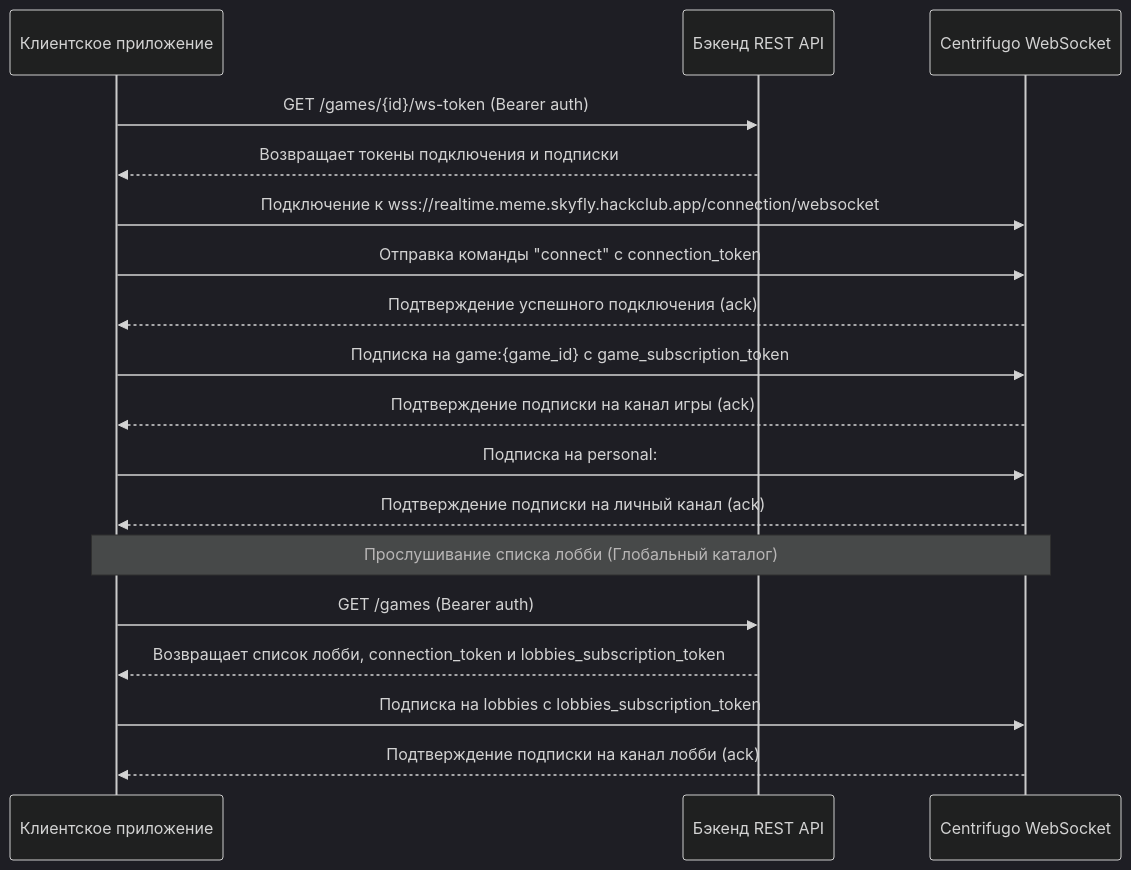
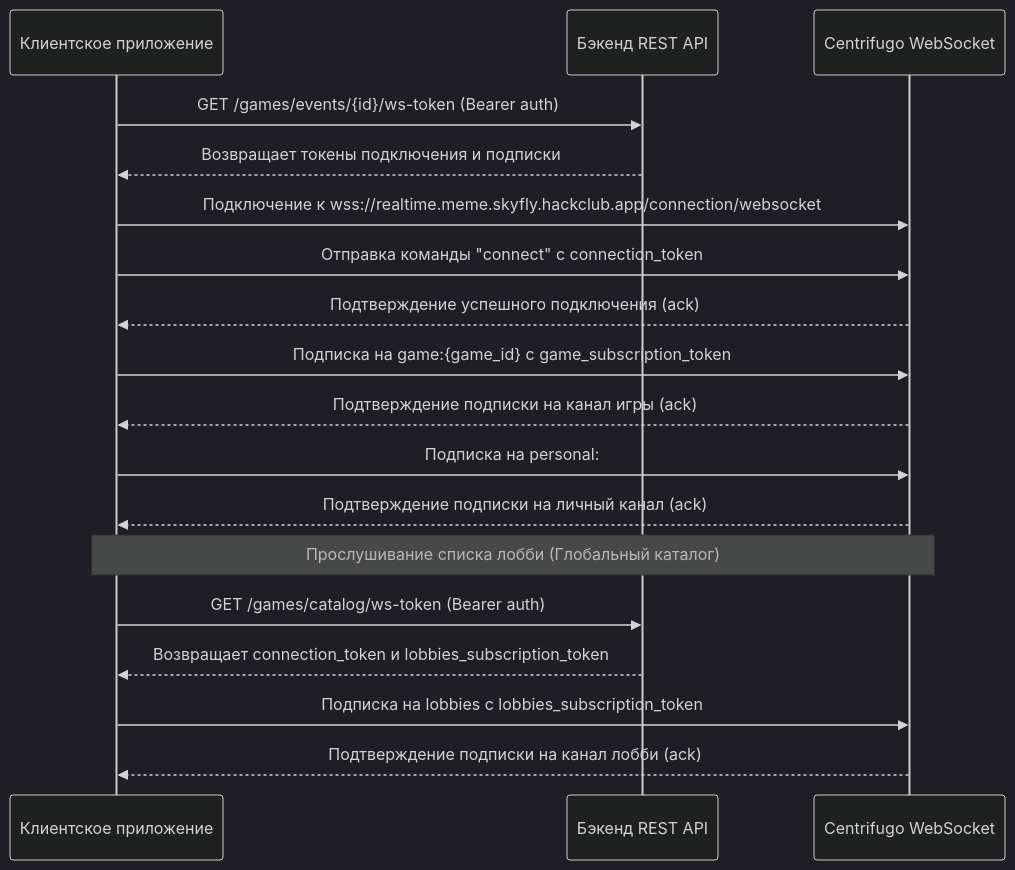
One commit to TerraSoftwareTeam/meme_battle_backend changed the diagram in docs/websockets_docs_ru.md. Above: the diagram before and after it, drawn with Mermaid (dark theme). The commit also changed other lines of this file and 11 other files, not shown here.

````diff
--- a/docs/websockets_docs_ru.md
+++ b/docs/websockets_docs_ru.md
@@ -11,25 +11,25 @@
 ```mermaid
 sequenceDiagram
     participant Client as Клиентское приложение
     participant API as Бэкенд REST API
     participant WS as Centrifugo WebSocket
     
-    Client->>API: GET /games/{id}/ws-token (Bearer auth)
+    Client->>API: GET /games/events/{id}/ws-token (Bearer auth)
     API-->>Client: Возвращает токены подключения и подписки
     
     Client->>WS: Подключение к wss://realtime.meme.skyfly.hackclub.app/connection/websocket
     Client->>WS: Отправка команды "connect" с connection_token
     WS-->>Client: Подтверждение успешного подключения (ack)
     
     Client->>WS: Подписка на game:{game_id} с game_subscription_token
     WS-->>Client: Подтверждение подписки на канал игры (ack)
     
     Client->>WS: Подписка на personal:#{user_id} с personal_subscription_token
     WS-->>Client: Подтверждение подписки на личный канал (ack)
 
     Note over Client, WS: Прослушивание списка лобби (Глобальный каталог)
-    Client->>API: GET /games (Bearer auth)
-    API-->>Client: Возвращает список лобби, connection_token и lobbies_subscription_token
+    Client->>API: GET /games/catalog/ws-token (Bearer auth)
+    API-->>Client: Возвращает connection_token и lobbies_subscription_token
     Client->>WS: Подписка на lobbies с lobbies_subscription_token
     WS-->>Client: Подтверждение подписки на канал лобби (ack)
 ```
````
